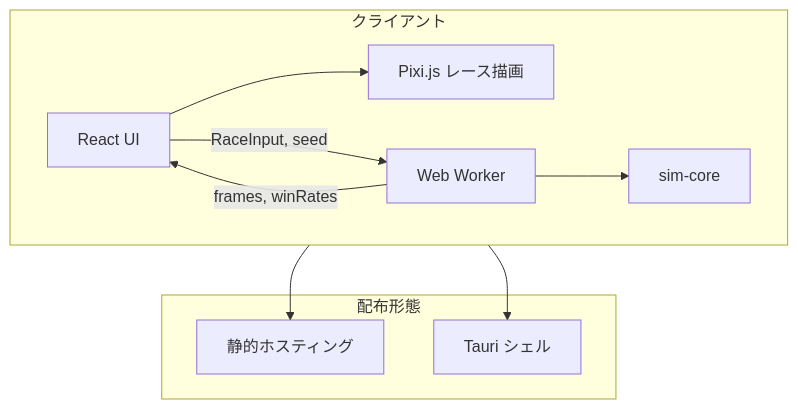
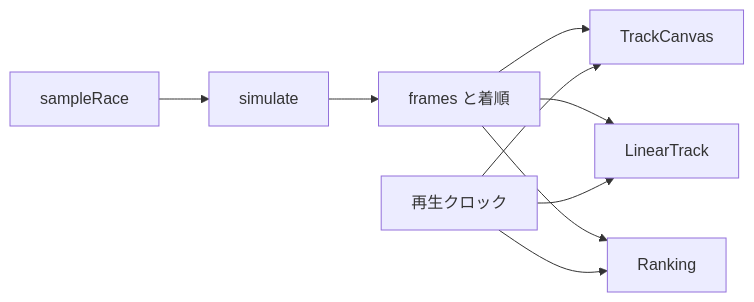
Before and after one commit to betashort/KEIBA_RACING_SIMULATOR: the diagram in doc/basic-design/basic-design.md, drawn with Mermaid. The commit also changed other lines of this file and 37 other files, not shown here.

First line of the commit message:
Add a browser prototype that replays one sample race on the course.

````diff
--- a/doc/basic-design/basic-design.md
+++ b/doc/basic-design/basic-design.md
@@ -100,21 +100,11 @@
 ```mermaid
-flowchart TB
-    subgraph client [クライアント]
-        UI[React UI]
-        Canvas[Pixi.js レース描画]
-        Worker[Web Worker]
-        CORE[sim-core]
-        UI --> Canvas
-        UI -->|RaceInput, seed| Worker
-        Worker --> CORE
-        Worker -->|frames, winRates| UI
-    end
-
-    subgraph deploy [配布形態]
-        Web[静的ホスティング]
-        Tauri[Tauri シェル]
-    end
-
-    client --> Web
-    client --> Tauri
+flowchart LR
+    sample[sampleRace] --> sim[simulate]
+    sim --> frames[frames と着順]
+    frames --> canvas[TrackCanvas]
+    frames --> linear[LinearTrack]
+    frames --> rank[Ranking]
+    clock[再生クロック] --> canvas
+    clock --> linear
+    clock --> rank
 ```
````
